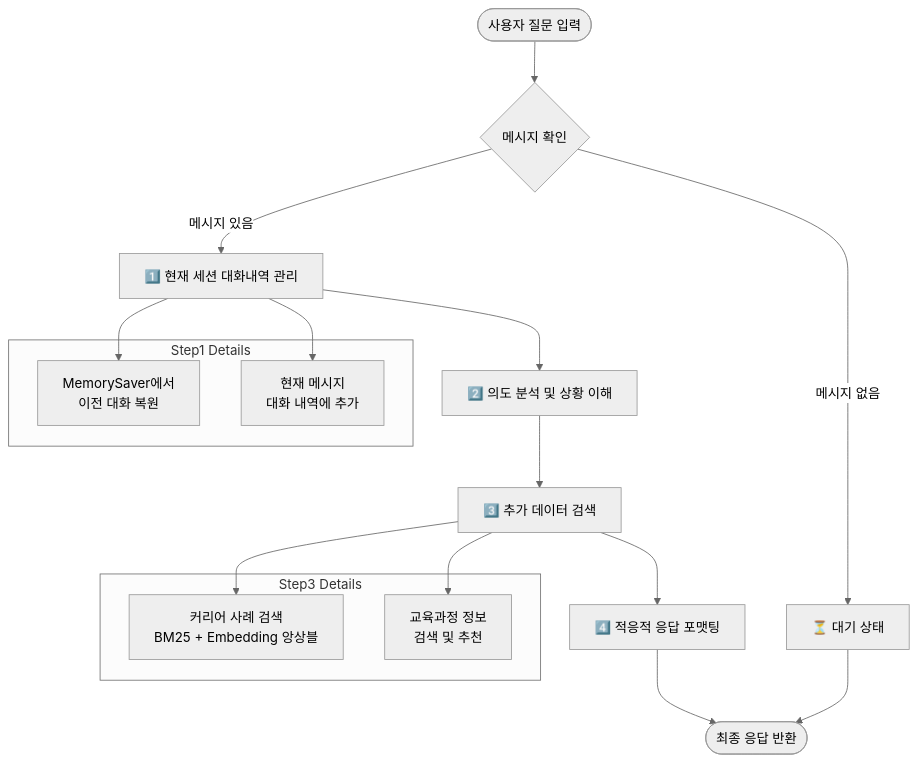
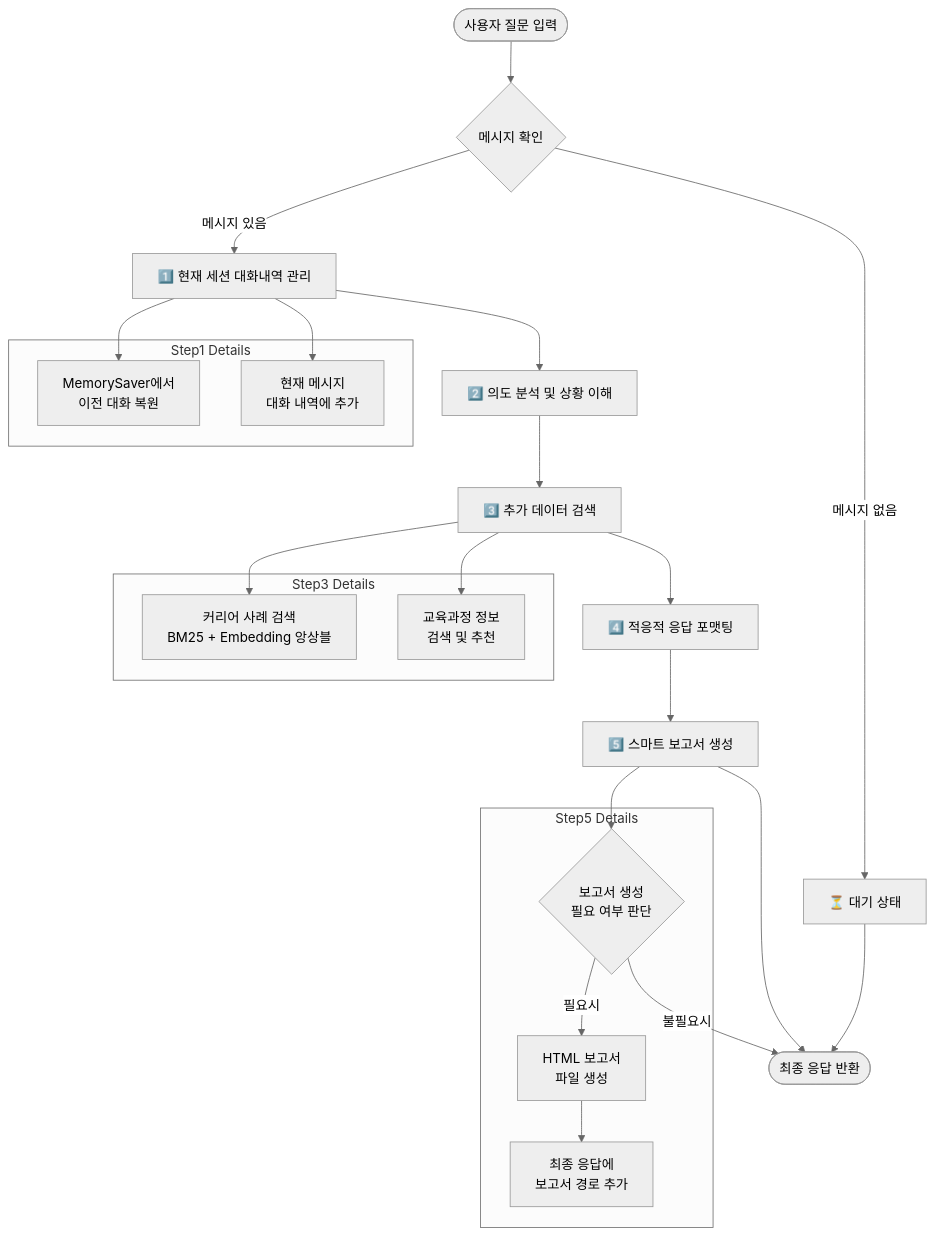
Before and after one commit to SK4toB/g-navi-ai-api: the second of 3 diagrams in README.md, drawn with Mermaid (neutral theme). The commit also changed other lines of this file and 6 other files, not shown here.

Commit message:
feat: 5번째 단계로 워크플로우 명시(ref #33)

````diff
--- a/README.md
+++ b/README.md
@@ -84,27 +87,38 @@
 ```mermaid
 flowchart TD
     Start([사용자 질문 입력]) --> Check{메시지 확인}
     Check -->|메시지 있음| Step1[1️⃣ 현재 세션 대화내역 관리]
     Check -->|메시지 없음| Wait[⏳ 대기 상태]
     
     Step1 --> Step2[2️⃣ 의도 분석 및 상황 이해]
     Step2 --> Step3[3️⃣ 추가 데이터 검색]
     Step3 --> Step4[4️⃣ 적응적 응답 포맷팅]
-    Step4 --> End([최종 응답 반환])
+    Step4 --> Step5[5️⃣ 스마트 보고서 생성]
+    Step5 --> End([최종 응답 반환])
     Wait --> End
     
     subgraph "Step1 Details"
         Step1A[MemorySaver에서<br/>이전 대화 복원]
         Step1B[현재 메시지<br/>대화 내역에 추가]
     end
     
     subgraph "Step3 Details"
         Step3A[커리어 사례 검색<br/>BM25 + Embedding 앙상블]
         Step3C[교육과정 정보<br/>검색 및 추천]
     end
     
+    subgraph "Step5 Details"
+        Step5A{보고서 생성<br/>필요 여부 판단}
+        Step5B[HTML 보고서<br/>파일 생성]
+        Step5C[최종 응답에<br/>보고서 경로 추가]
+    end
+    
     Step1 --> Step1A
     Step1 --> Step1B
     Step3 --> Step3A
     Step3 --> Step3C
+    Step5 --> Step5A
+    Step5A -->|필요시| Step5B
+    Step5B --> Step5C
+    Step5A -->|불필요시| End
 ```
````
